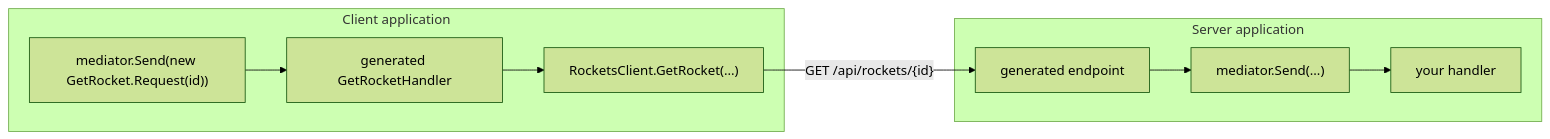
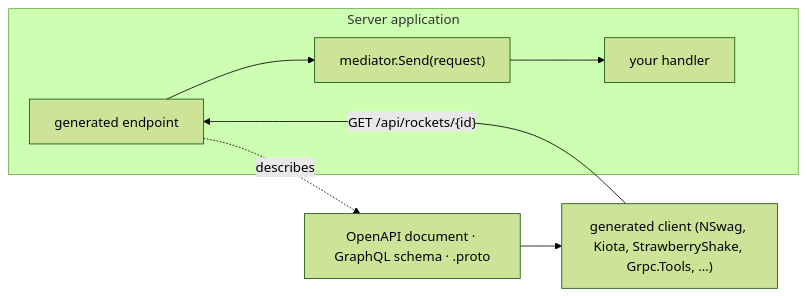
Before and after one commit to RocketSurgeonsGuild/LaunchPad: the diagram in docs/src/content/docs/guides/api-generators.md, drawn with Mermaid (forest theme). The commit also changed other lines of this file and 328 other files, not shown here.

````diff
--- a/docs/src/content/docs/guides/api-generators.md
+++ b/docs/src/content/docs/guides/api-generators.md
@@ -10,11 +10,9 @@
 ```mermaid
 flowchart LR
-  subgraph Client application
-    A["mediator.Send(new GetRocket.Request(id))"] --> B[generated GetRocketHandler]
-    B --> C["RocketsClient.GetRocket(...)"]
+  subgraph Server application
+    A[generated endpoint] --> B["mediator.Send(request)"] --> C[your handler]
   end
-  C -- "GET /api/rockets/{id}" --> D
-  subgraph Server application
-    D[generated endpoint] --> E["mediator.Send(...)"] --> F[your handler]
-  end
+  A -. describes .-> D["OpenAPI document · GraphQL schema · .proto"]
+  D --> E["generated client (NSwag, Kiota, StrawberryShake, Grpc.Tools, …)"]
+  E -- "GET /api/rockets/{id}" --> A
 ```
````
